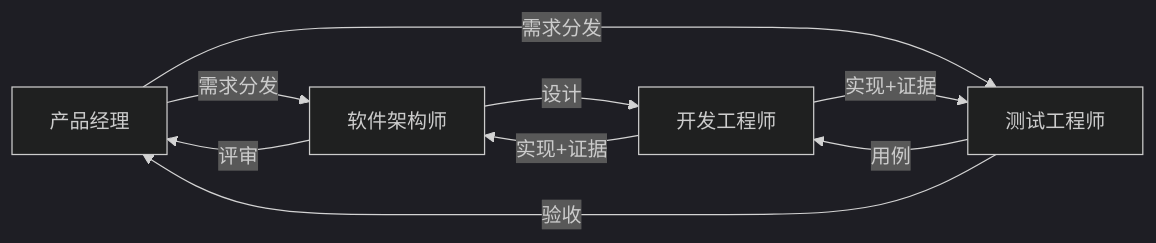
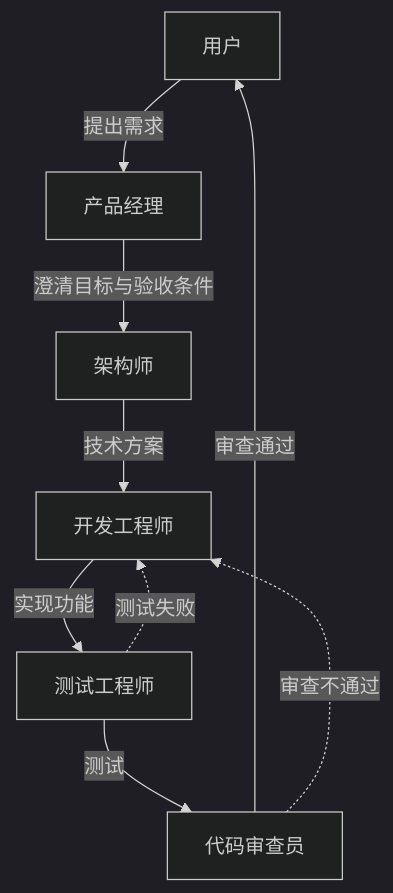
The second of 6 diagrams in README.md (icylight/pi-tavern), drawn with Mermaid (dark theme) before and after one commit. The commit also changed other lines of this file and 4 other files, not shown here.

First line of the commit message:
docs(refactor): Phase 5 收口——ADR-0005 Accepted + 五层依赖图 + README 场景章节重写（#58） (#75)

````diff
--- a/README.md
+++ b/README.md
@@ -72,9 +70,11 @@
 ```mermaid
-flowchart LR
-    PM["产品经理"] -->|"需求分发"| AR["软件架构师"] & TE["测试工程师"]
-    AR -->|"设计"| DV["开发工程师"]
-    TE -->|"用例"| DV
-    DV -->|"实现+证据"| AR & TE
-    AR -->|"评审"| PM
-    TE -->|"验收"| PM
+flowchart TD
+    U["用户"] -->|"提出需求"| PM["产品经理"]
+    PM -->|"澄清目标与验收条件"| AR["架构师"]
+    AR -->|"技术方案"| DV["开发工程师"]
+    DV -->|"实现功能"| TE["测试工程师"]
+    TE -->|"测试"| CR["代码审查员"]
+    CR -->|"审查通过"| U
+    TE -.->|"测试失败"| DV
+    CR -.->|"审查不通过"| DV
 ```
````
